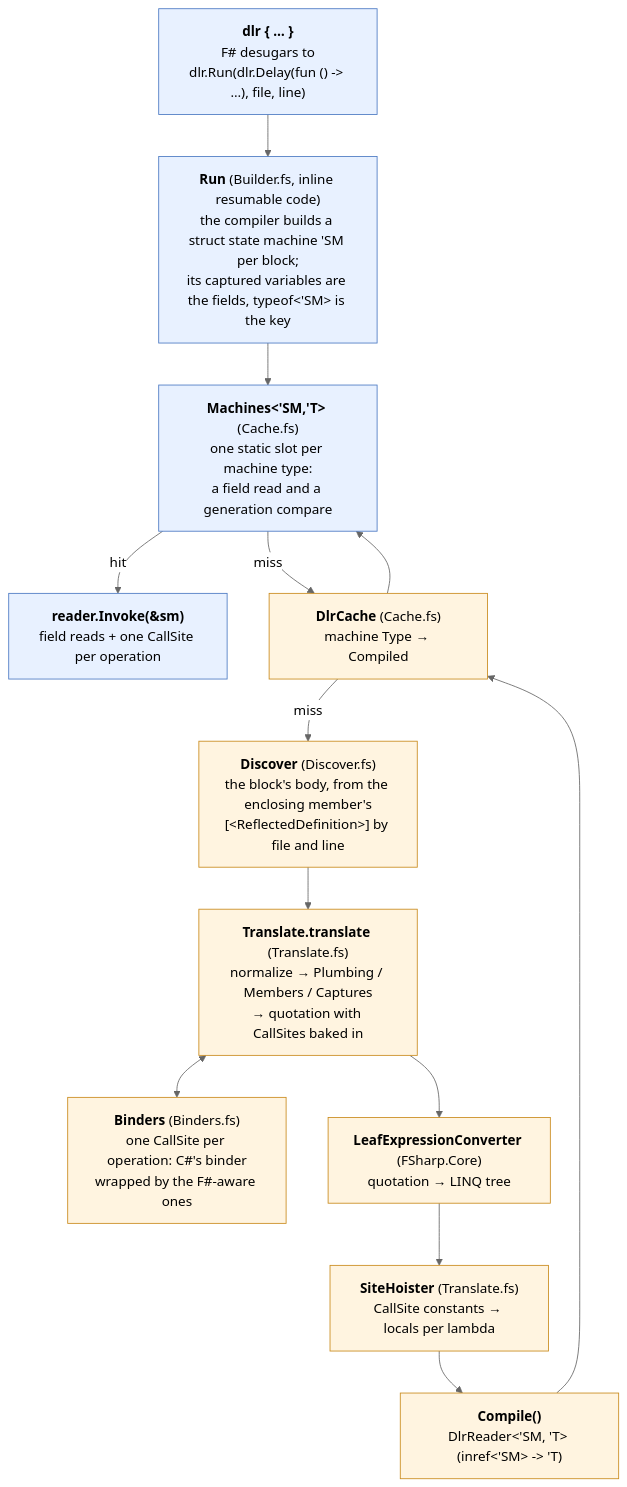
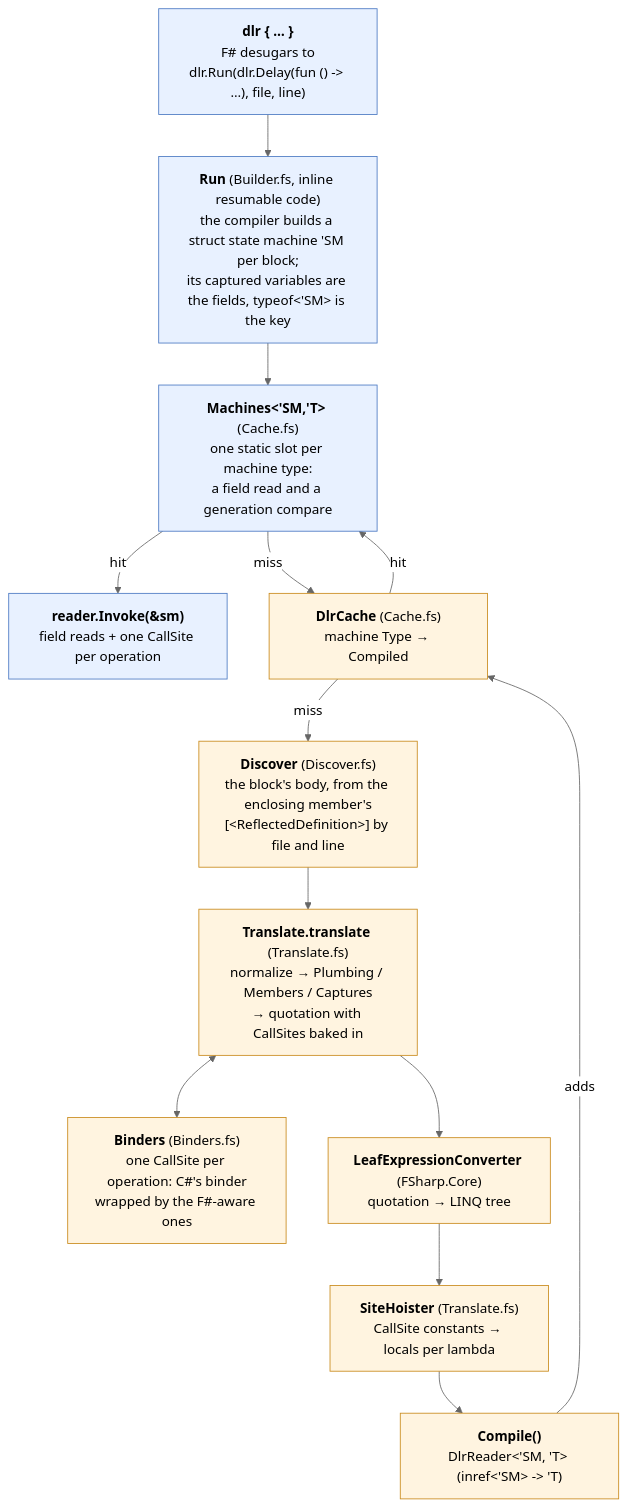
The first of 3 diagrams in docs/pipeline.md (ekonbenefits/FSharp.Interop.Dlr), drawn with Mermaid (neutral theme) before and after one commit.

Commit message:
pipeline.md: label the DlrCache hit edge and the compile step's add

````diff
--- a/docs/pipeline.md
+++ b/docs/pipeline.md
@@ -8,27 +8,27 @@
 ```mermaid
 flowchart TD
     src["<b>dlr { … }</b><br/>F# desugars to<br/>dlr.Run(dlr.Delay(fun () -> …), file, line)"]
     run["<b>Run</b> (Builder.fs, inline resumable code)<br/>the compiler builds a struct state machine 'SM per block;<br/>its captured variables are the fields, typeof&lt;'SM&gt; is the key"]
     sites["<b>Machines&lt;'SM,'T&gt;</b> (Cache.fs)<br/>one static slot per machine type:<br/>a field read and a generation compare"]
     invoke["<b>reader.Invoke(&amp;sm)</b><br/>field reads + one CallSite per operation"]
     cache["<b>DlrCache</b> (Cache.fs)<br/>machine Type → Compiled"]
     discover["<b>Discover</b> (Discover.fs)<br/>the block's body, from the enclosing member's<br/>[&lt;ReflectedDefinition&gt;] by file and line"]
     translate["<b>Translate.translate</b> (Translate.fs)<br/>normalize → Plumbing / Members / Captures<br/>→ quotation with CallSites baked in"]
     binders["<b>Binders</b> (Binders.fs)<br/>one CallSite per operation: C#'s binder<br/>wrapped by the F#-aware ones"]
     conv["<b>LeafExpressionConverter</b> (FSharp.Core)<br/>quotation → LINQ tree"]
     hoist["<b>SiteHoister</b> (Translate.fs)<br/>CallSite constants → locals per lambda"]
     compile["<b>Compile()</b><br/>DlrReader&lt;'SM, 'T&gt; (inref&lt;'SM&gt; -> 'T)"]
 
     src --> run --> sites
     sites -- hit --> invoke
     sites -- miss --> cache
     cache -- miss --> discover --> translate
     translate <--> binders
-    translate --> conv --> hoist --> compile --> cache
-    cache --> sites
+    translate --> conv --> hoist --> compile -- adds --> cache
+    cache -- hit --> sites
 
     classDef entry fill:#e8f1ff,stroke:#4a78c2
     classDef compileOnce fill:#fff4e0,stroke:#c98a1b
     class src,run,sites,invoke entry
     class cache,discover,translate,binders,conv,hoist,compile compileOnce
 ```
````
